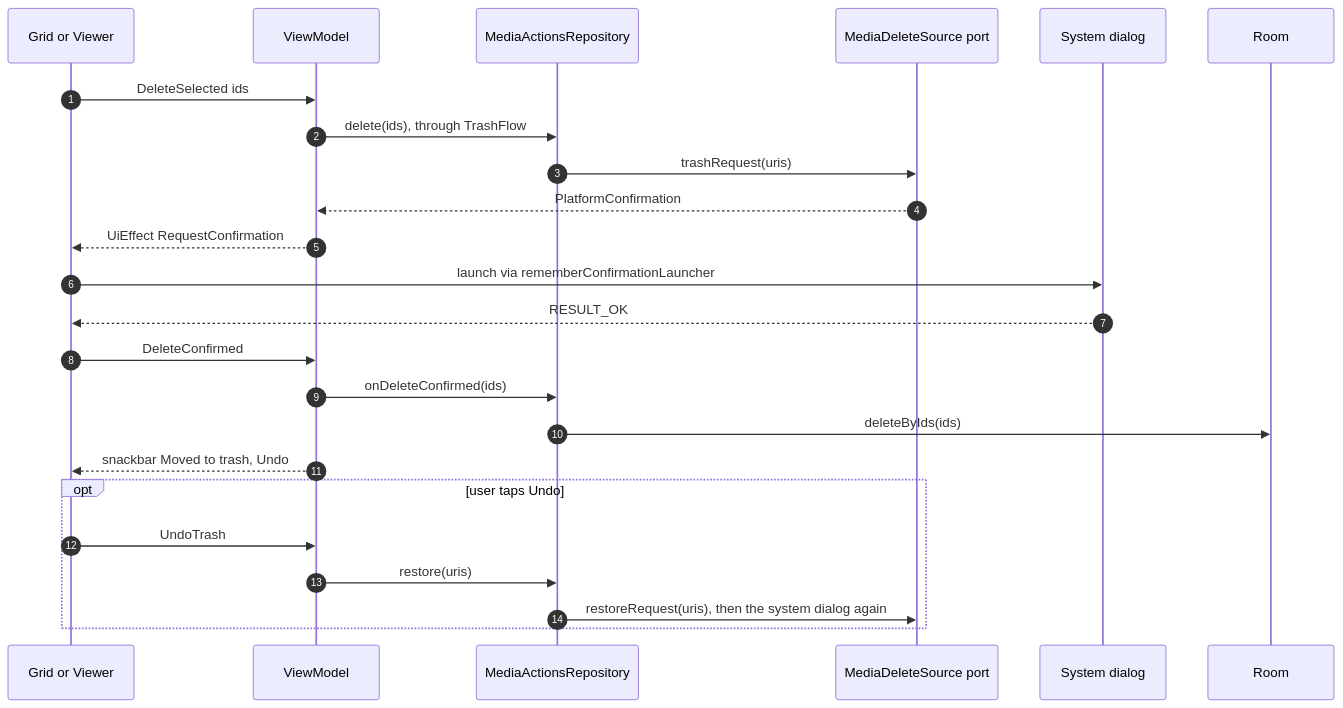
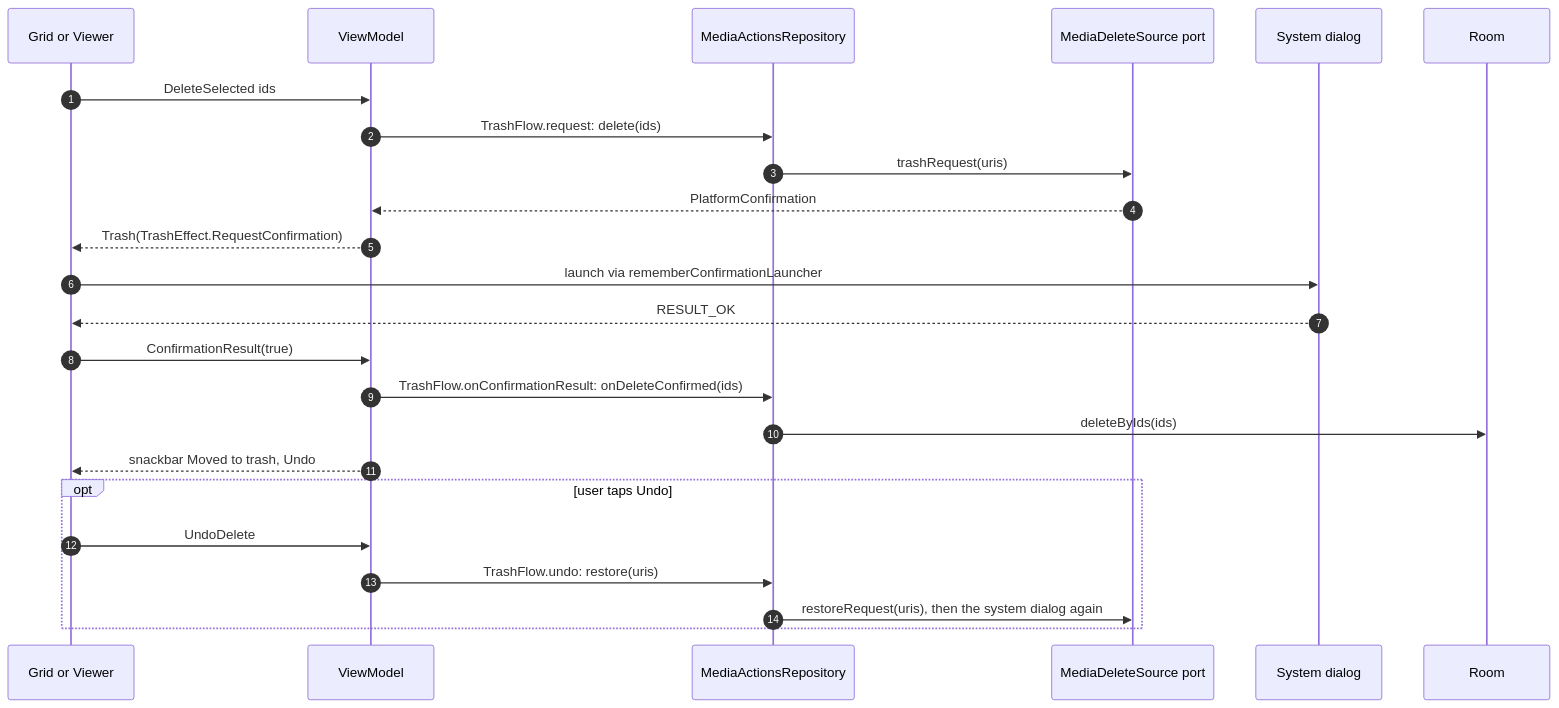
One commit to drehtuer/NextGalleryApp changed the eighth of 14 diagrams in docs/ARCHITECTURE.md. Above: the diagram before and after it, drawn with Mermaid. The commit also changed other lines of this file and 6 other files, not shown here.

````diff
--- a/docs/ARCHITECTURE.md
+++ b/docs/ARCHITECTURE.md
@@ -714,27 +716,27 @@
 ```mermaid
 sequenceDiagram
     autonumber
     participant UI as Grid or Viewer
     participant VM as ViewModel
     participant D as MediaActionsRepository
     participant MD as MediaDeleteSource port
     participant Sys as System dialog
     participant DB as Room
 
     UI->>VM: DeleteSelected ids
-    VM->>D: delete(ids), through TrashFlow
+    VM->>D: TrashFlow.request: delete(ids)
     D->>MD: trashRequest(uris)
     MD-->>VM: PlatformConfirmation
-    VM-->>UI: UiEffect RequestConfirmation
+    VM-->>UI: Trash(TrashEffect.RequestConfirmation)
     UI->>Sys: launch via rememberConfirmationLauncher
     Sys-->>UI: RESULT_OK
-    UI->>VM: DeleteConfirmed
-    VM->>D: onDeleteConfirmed(ids)
+    UI->>VM: ConfirmationResult(true)
+    VM->>D: TrashFlow.onConfirmationResult: onDeleteConfirmed(ids)
     D->>DB: deleteByIds(ids)
     VM-->>UI: snackbar Moved to trash, Undo
     opt user taps Undo
-        UI->>VM: UndoTrash
-        VM->>D: restore(uris)
+        UI->>VM: UndoDelete
+        VM->>D: TrashFlow.undo: restore(uris)
         D->>MD: restoreRequest(uris), then the system dialog again
     end
 ```
````
